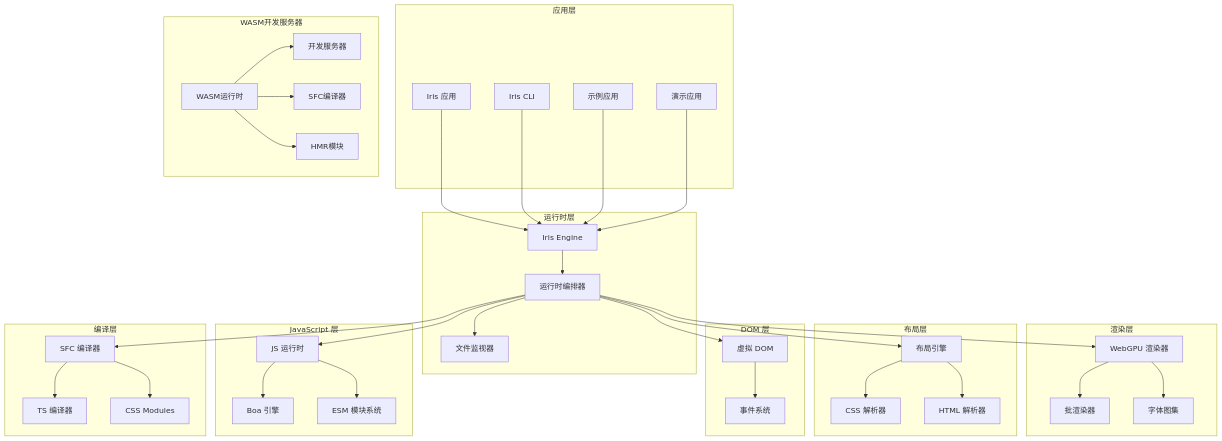
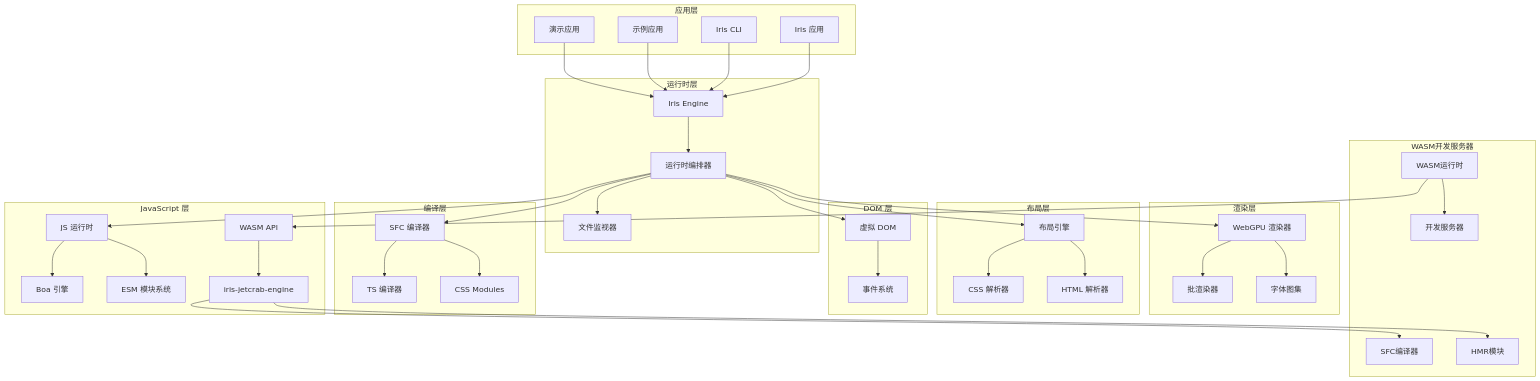
One commit to itszzl-sudo/iris changed the fifth of 13 diagrams in .qoder/repowiki/zh/content/核心功能特性/工程化与商业化能力/测试框架与基础设施/Iris Runtime CLI工具.md. Above: the diagram before and after it, drawn with Mermaid. The commit also changed other lines of this file and 11 other files, not shown here.

First line of the commit message:
feat: 实现 iris-jetcrab-engine WASM 导出接口

````diff
--- a/.qoder/repowiki/zh/content/核心功能特性/工程化与商业化能力/测试框架与基础设施/Iris Runtime CLI工具.md
+++ b/.qoder/repowiki/zh/content/核心功能特性/工程化与商业化能力/测试框架与基础设施/Iris Runtime CLI工具.md
@@ -250,67 +257,71 @@
 ```mermaid
 graph TB
 subgraph "应用层"
 App[Iris 应用]
 CLI[Iris CLI]
 Examples[示例应用]
 Demo[演示应用]
 end
 subgraph "运行时层"
 Engine[Iris Engine]
 Orchestrator[运行时编排器]
 FileWatcher[文件监视器]
 end
 subgraph "渲染层"
 GPU[WebGPU 渲染器]
 BatchRenderer[批渲染器]
 FontAtlas[字体图集]
 end
 subgraph "布局层"
 Layout[布局引擎]
 CSSParser[CSS 解析器]
 HTMLParser[HTML 解析器]
 end
 subgraph "DOM 层"
 VDOM[虚拟 DOM]
 EventSystem[事件系统]
 end
 subgraph "JavaScript 层"
 JSRuntime[JS 运行时]
 BoaEngine[Boa 引擎]
 ESM[ESM 模块系统]
+JetCrabEngine[iris-jetcrab-engine]
+WASMAPI[WASM API]
 end
 subgraph "编译层"
 SFCCompiler[SFC 编译器]
 TSCompiler[TS 编译器]
 CSSModules[CSS Modules]
 end
 subgraph "WASM开发服务器"
 WASMRuntime[WASM运行时]
 DevServer[开发服务器]
 Compiler[SFC编译器]
 HMR[HMR模块]
 end
 App --> Engine
 CLI --> Engine
 Examples --> Engine
 Demo --> Engine
 Engine --> Orchestrator
 Orchestrator --> GPU
 Orchestrator --> Layout
 Orchestrator --> VDOM
 Orchestrator --> JSRuntime
 Orchestrator --> SFCCompiler
 Orchestrator --> FileWatcher
 GPU --> BatchRenderer
 GPU --> FontAtlas
 Layout --> CSSParser
 Layout --> HTMLParser
 VDOM --> EventSystem
 JSRuntime --> BoaEngine
 JSRuntime --> ESM
 SFCCompiler --> TSCompiler
 SFCCompiler --> CSSModules
 WASMRuntime --> DevServer
-WASMRuntime --> Compiler
-WASMRuntime --> HMR
+WASMRuntime --> WASMAPI
+WASMAPI --> JetCrabEngine
+JetCrabEngine --> Compiler
+JetCrabEngine --> HMR
 ```
````
